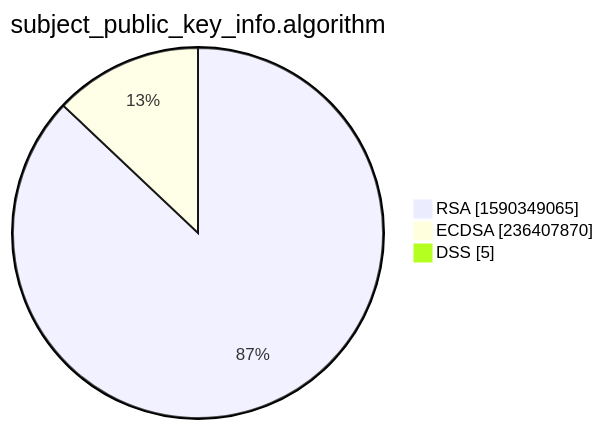
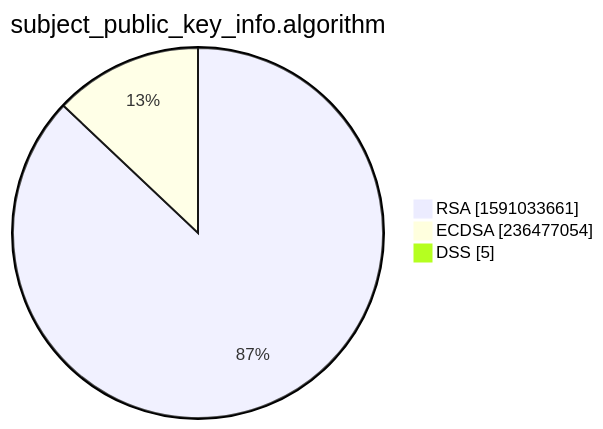
Before and after one commit to christiankrug/ctmonitor_visualization: the third of 15 diagrams in xenon2022/README.md, drawn with Mermaid. The commit also changed other lines of this file, not shown here.

````diff
--- a/xenon2022/README.md
+++ b/xenon2022/README.md
@@ -14,7 +14,7 @@
 ```mermaid
 pie showData
 title subject_public_key_info.algorithm
-"RSA" :1590349065
-"ECDSA" :236407870
+"RSA" :1591033661
+"ECDSA" :236477054
 "DSS" :5
 ```
````
